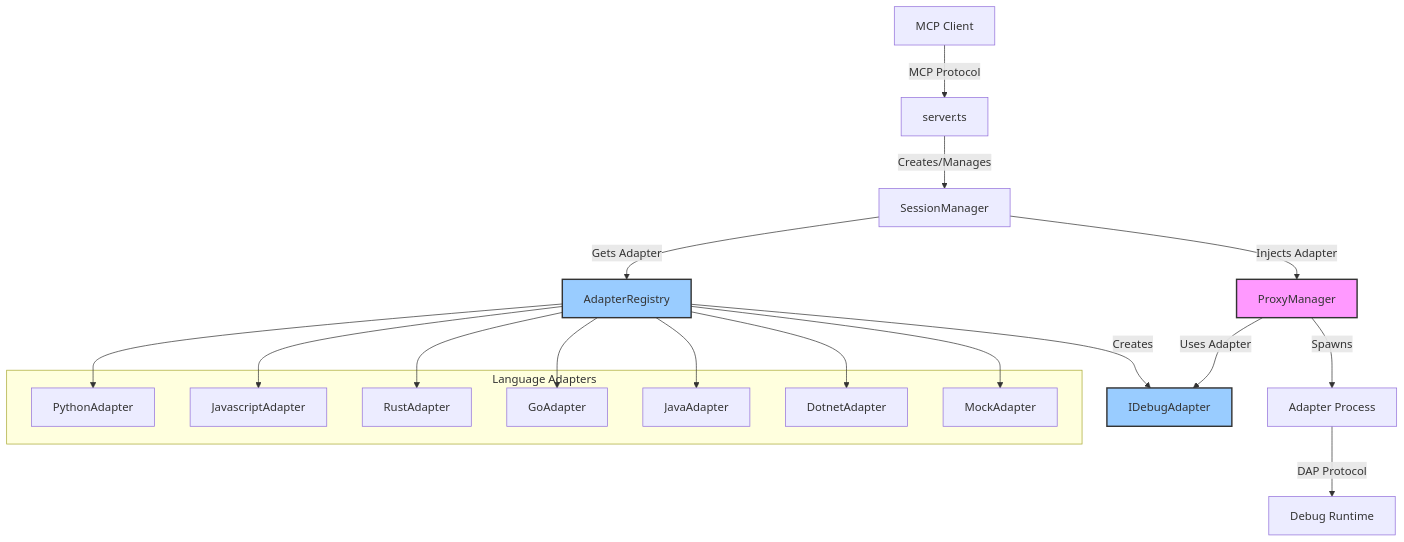
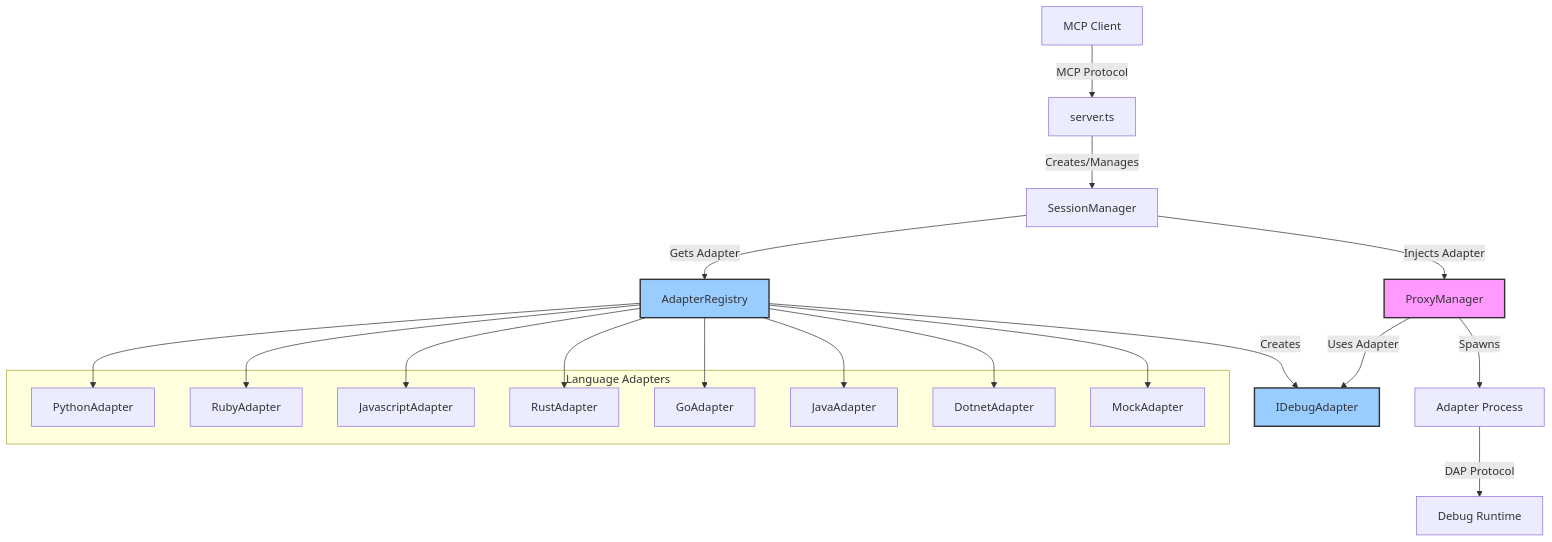
The first of 4 diagrams in docs/architecture/adapter-pattern-design.md (debugmcp/mcp-debugger), drawn with Mermaid before and after one commit. The commit also changed other lines of this file and 41 other files, not shown here.

Commit message:
feat: add ruby adapter, handoff, and stewardship docs

````diff
--- a/docs/architecture/adapter-pattern-design.md
+++ b/docs/architecture/adapter-pattern-design.md
@@ -77,33 +77,35 @@
 ```mermaid
 graph TD
     Client[MCP Client] -->|MCP Protocol| Server[server.ts]
     Server -->|Creates/Manages| SM[SessionManager]
     SM -->|Gets Adapter| AR[AdapterRegistry]
     AR -->|Creates| AD[IDebugAdapter]
     SM -->|Injects Adapter| PM[ProxyManager]
     PM -->|Uses Adapter| AD
     PM -->|Spawns| AP[Adapter Process]
     AP -->|DAP Protocol| DP[Debug Runtime]
     
     subgraph "Language Adapters"
         PA[PythonAdapter]
+        RBA[RubyAdapter]
         NA[JavascriptAdapter]
         RA[RustAdapter]
         GA[GoAdapter]
         JA[JavaAdapter]
         DA[DotnetAdapter]
         MA[MockAdapter]
     end
 
     AR --> PA
+    AR --> RBA
     AR --> NA
     AR --> RA
     AR --> GA
     AR --> JA
     AR --> DA
     AR --> MA
     
     style AD fill:#9cf,stroke:#333,stroke-width:2px
     style AR fill:#9cf,stroke:#333,stroke-width:2px
     style PM fill:#f9f,stroke:#333,stroke-width:2px
 ```
````
